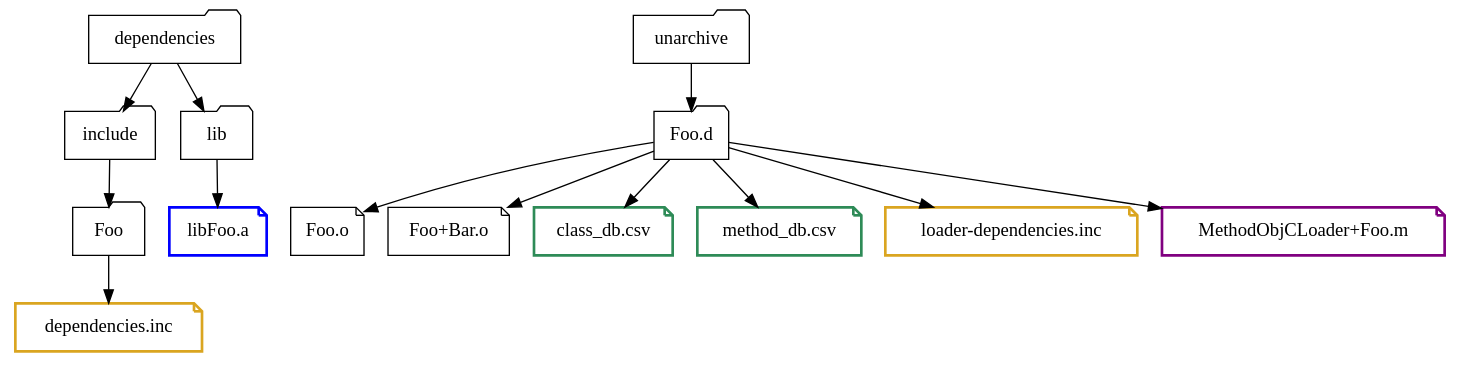
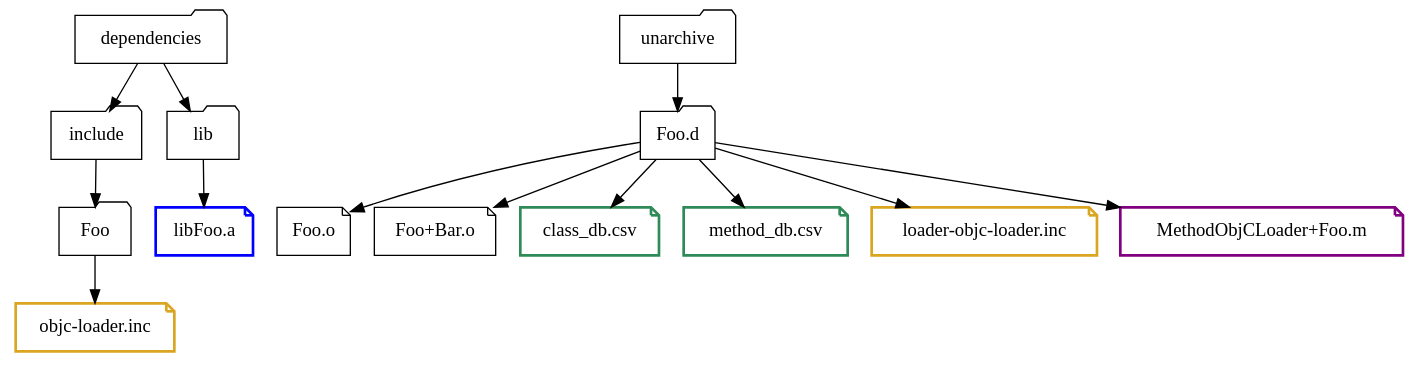
One commit to mulle-objc/mulle-objc-list changed the diagram in dox/opti_3.dot. Above: the diagram before and after it, drawn with Graphviz. The commit also changed 36 other files, not shown here.

Commit message:
modernize mulle-sde * rename mulle-objc-create-dependencies-inc to mulle-objc-loader-tool

```diff
--- a/dox/opti_3.dot
+++ b/dox/opti_3.dot
@@ -1,25 +1,25 @@
 digraph optimizer {
 
    node [ shape="folder"]
 
-   "dependencies" -> "include" -> "Foo" -> "dependencies.inc"
+   "dependencies" -> "include" -> "Foo" -> "objc-loader.inc"
    "dependencies" -> "lib" -> "libFoo.a"
 
    "unarchive" -> "Foo.d"
    "Foo.d" -> "Foo.o"
    "Foo.d" -> "Foo+Bar.o"
    "Foo.d" -> "class_db.csv"
    "Foo.d" -> "method_db.csv"
-   "Foo.d" -> "loader-dependencies.inc"
+   "Foo.d" -> "loader-objc-loader.inc"
    "Foo.d" -> "MethodObjCLoader+Foo.m"
 
    "class_db.csv" [ shape="note", penwidth=2, color="seagreen"]
    "method_db.csv" [ shape="note", penwidth=2, color="seagreen"]
 
-   "dependencies.inc" [ shape="note", penwidth=2, color="goldenrod"]
-   "loader-dependencies.inc" [ shape="note", penwidth=2, color="goldenrod" ]
+   "objc-loader.inc" [ shape="note", penwidth=2, color="goldenrod"]
+   "loader-objc-loader.inc" [ shape="note", penwidth=2, color="goldenrod" ]
    "MethodObjCLoader+Foo.m" [ shape="note", penwidth=2, color="purple" ]
    "Foo+Bar.o" [ shape="note"]
    "Foo.o" [ shape="note"]
    "libFoo.a" [ shape="note" penwidth=2, color="blue" ]
 }
```
